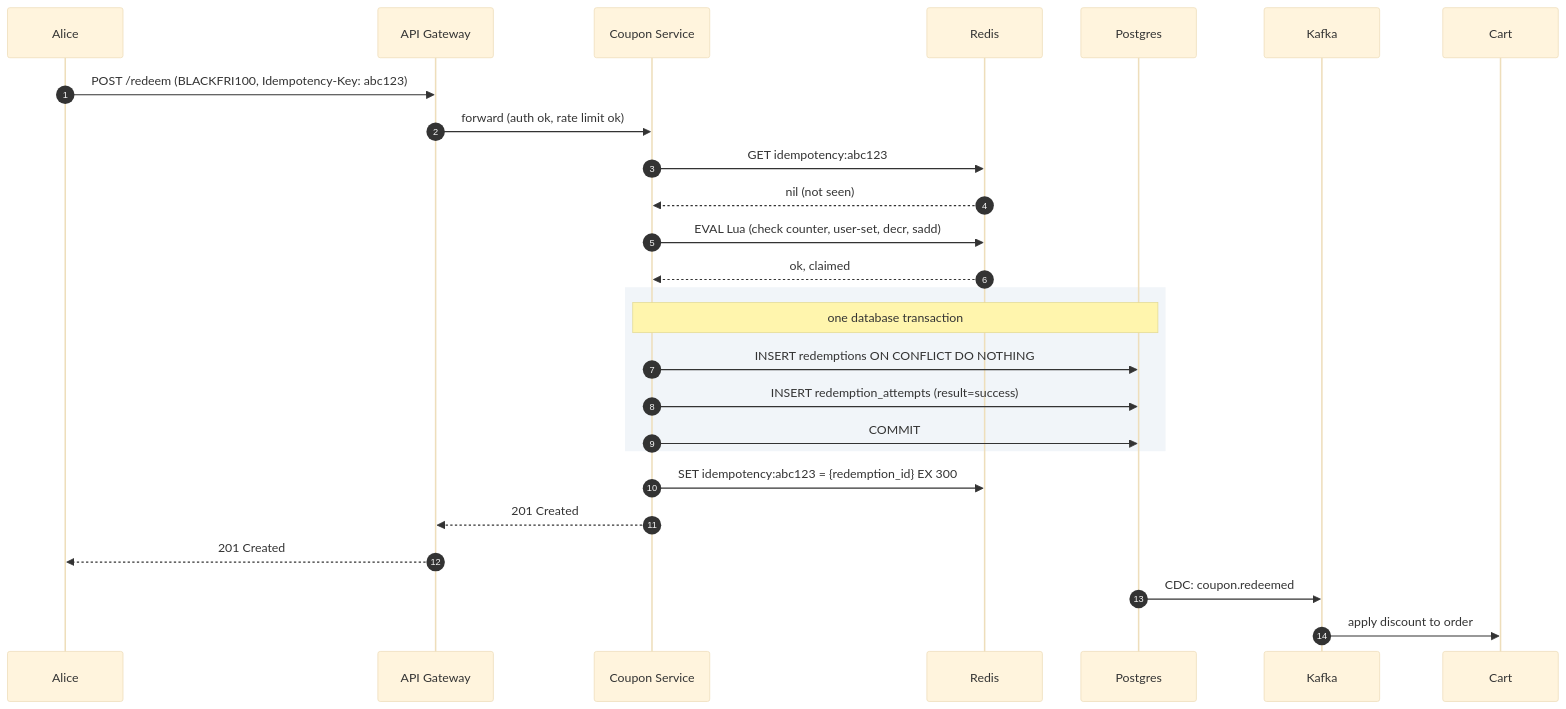
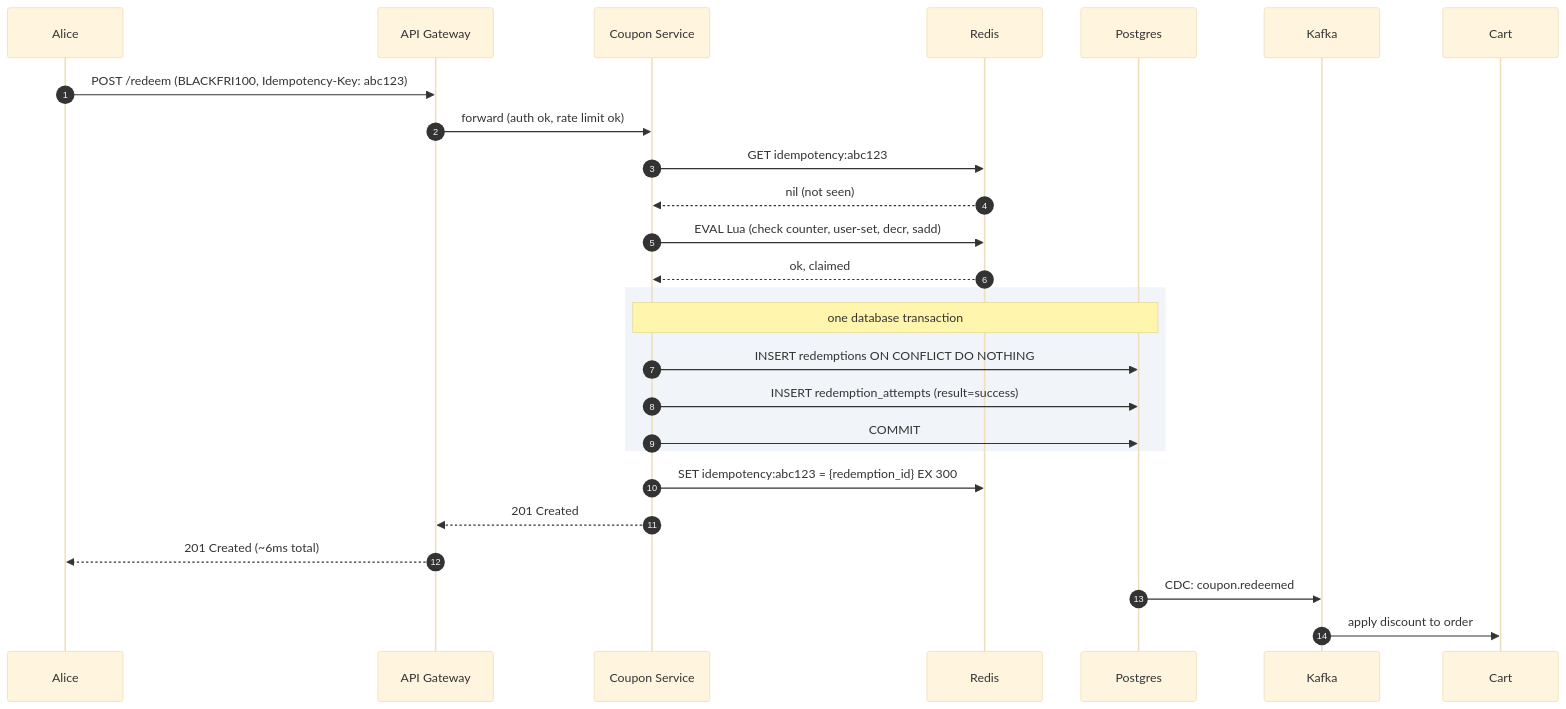
Diagram 14 of 15 in _practice/system-design/014-coupon-redemption.md (shiningflash/shiningflash.github.io), drawn with Mermaid (base theme) before and after one commit. The commit also changed other lines of this file and 18 other files, not shown here.

````diff
--- a/_practice/system-design/014-coupon-redemption.md
+++ b/_practice/system-design/014-coupon-redemption.md
@@ -933,31 +915,31 @@
 ```mermaid
 sequenceDiagram
     autonumber
     participant Alice
     participant GW as API Gateway
     participant S as Coupon Service
     participant R as Redis
     participant DB as Postgres
     participant K as Kafka
     participant Cart
 
     Alice->>GW: POST /redeem (BLACKFRI100, Idempotency-Key: abc123)
     GW->>S: forward (auth ok, rate limit ok)
     S->>R: GET idempotency:abc123
     R-->>S: nil (not seen)
     S->>R: EVAL Lua (check counter, user-set, decr, sadd)
     R-->>S: ok, claimed
 
     rect rgb(241, 245, 249)
         Note over S,DB: one database transaction
         S->>DB: INSERT redemptions ON CONFLICT DO NOTHING
         S->>DB: INSERT redemption_attempts (result=success)
         S->>DB: COMMIT
     end
 
     S->>R: SET idempotency:abc123 = {redemption_id} EX 300
     S-->>GW: 201 Created
-    GW-->>Alice: 201 Created
+    GW-->>Alice: 201 Created (~6ms total)
     DB->>K: CDC: coupon.redeemed
     K->>Cart: apply discount to order
 ```
````
